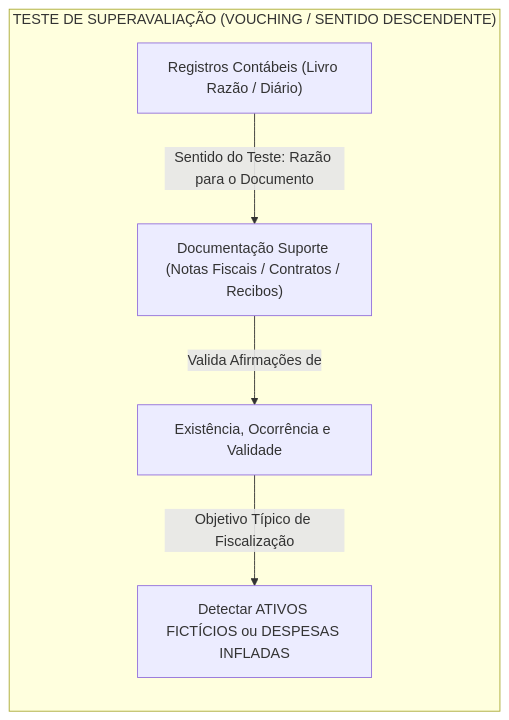
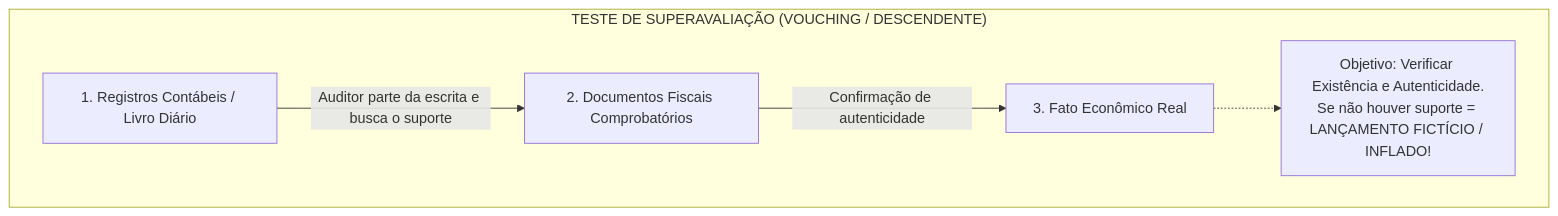
The first of 6 diagrams in docs/19-auditoria/06-auditoria-fiscal-tributaria/01-presuncoes-legais-e-omissao-de-receita.md (gilsonnogueira/OpenConcursos), drawn with Mermaid before and after one commit. The commit also changed other lines of this file and 17 other files, not shown here.

Commit message:
style(diagrams): verticaliza todos os diagramas Mermaid para legibilidade em painel vertical

````diff
--- a/docs/19-auditoria/06-auditoria-fiscal-tributaria/01-presuncoes-legais-e-omissao-de-receita.md
+++ b/docs/19-auditoria/06-auditoria-fiscal-tributaria/01-presuncoes-legais-e-omissao-de-receita.md
@@ -9,8 +9,12 @@
 ```mermaid
-flowchart LR
-    subgraph "TESTE DE SUPERAVALIAÇÃO (VOUCHING / SENTIDO DESCENDENTE)"
-        A1["Registros Contábeis (Livro Razão / Diário)"] -->|Sentido do Teste: Razão para o Documento| A2["Documentação Suporte (Notas Fiscais / Contratos / Recibos)"]
-        A2 -->|Valida Afirmações de| A3["Existência, Ocorrência e Validade"]
-        A3 -->|Objetivo Típico de Fiscalização| A4["Detectar ATIVOS FICTÍCIOS ou DESPESAS INFLADAS"]
+flowchart TD
+    subgraph VOUCHING["TESTE DE SUPERAVALIAÇÃO (VOUCHING / DESCENDENTE)"]
+        A1["1. Registros Contábeis / Livro Diário"]
+        A2["2. Documentos Fiscais Comprobatórios"]
+        A3["3. Fato Econômico Real"]
+        A1 -->|Auditor parte da escrita e busca o suporte| A2
+        A2 -->|Confirmação de autenticidade| A3
+        AVISO1["Objetivo: Verificar Existência e Autenticidade.<br/>Se não houver suporte = LANÇAMENTO FICTÍCIO / INFLADO!"]
+        A3 -.-> AVISO1
     end
 ```
````
